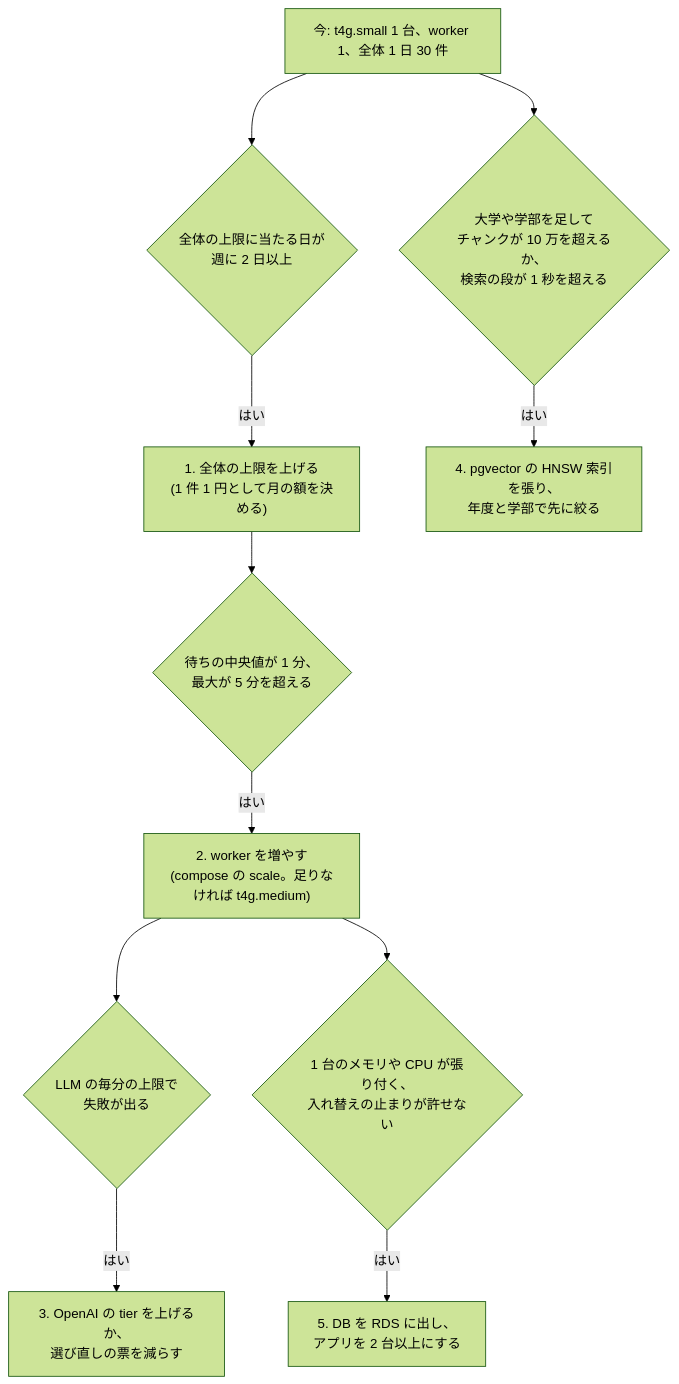
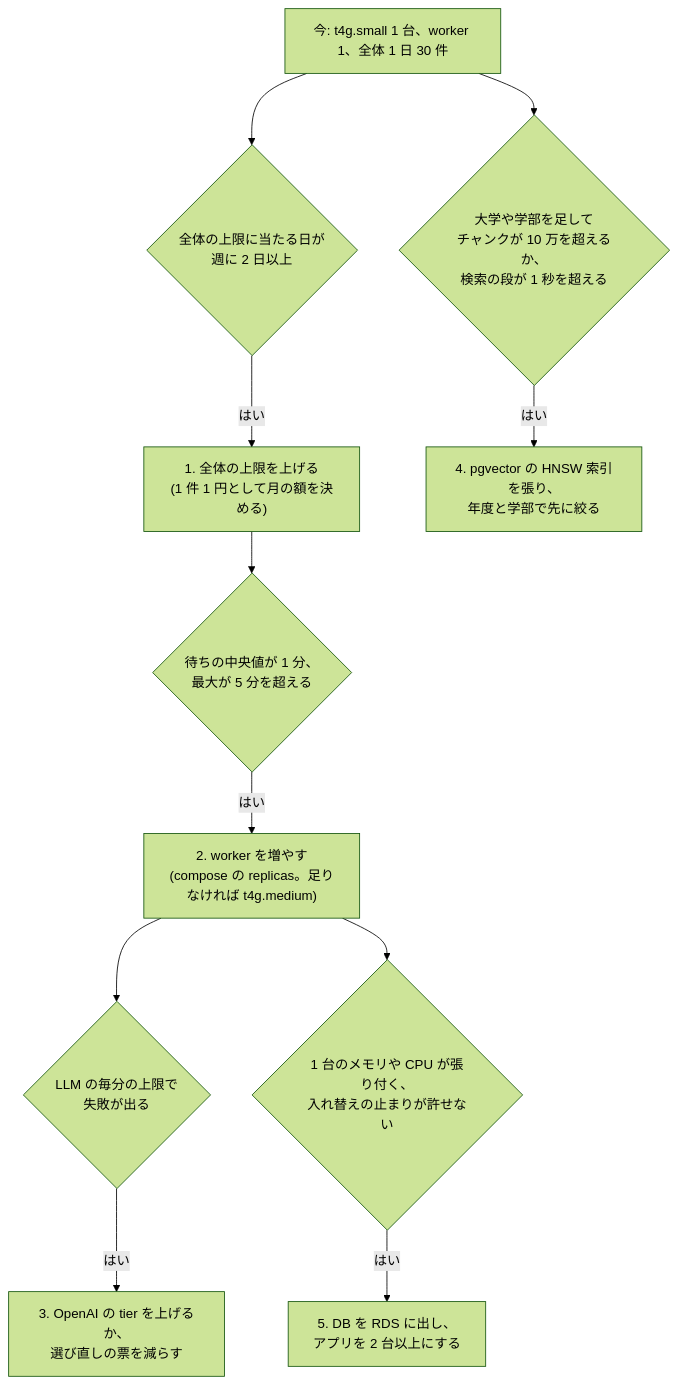
The diagram in docs/adr/0102-scaling-stages.md (h11roki/Shirube), drawn with Mermaid (forest theme) before and after one commit. The commit also changed other lines of this file, not shown here.

Commit message:
ADR 0102 の worker の増やし方を compose の replicas にする
--scale で増やしても、deploy.sh の入れ替えが流す up -d --wait は scale を書かないので、次の入れ替えで worker が 1 つに戻る。compose.prod.yaml の worker に deploy.replicas を書く形にした。worker には container_name が無いので複数にできることも確かめた。

````diff
--- a/docs/adr/0102-scaling-stages.md
+++ b/docs/adr/0102-scaling-stages.md
@@ -27,14 +27,14 @@
 ```mermaid
 flowchart TD
     now["今: t4g.small 1 台、worker 1、全体 1 日 30 件"]
     now --> cap{"全体の上限に当たる日が<br/>週に 2 日以上"}
     cap -- はい --> raise["1. 全体の上限を上げる<br/>(1 件 1 円として月の額を決める)"]
     raise --> wait{"待ちの中央値が 1 分、<br/>最大が 5 分を超える"}
-    wait -- はい --> workers["2. worker を増やす<br/>(compose の scale。足りなければ t4g.medium)"]
+    wait -- はい --> workers["2. worker を増やす<br/>(compose の replicas。足りなければ t4g.medium)"]
     workers --> rate{"LLM の毎分の上限で<br/>失敗が出る"}
     rate -- はい --> tier["3. OpenAI の tier を上げるか、<br/>選び直しの票を減らす"]
     now --> data{"大学や学部を足して<br/>チャンクが 10 万を超えるか、<br/>検索の段が 1 秒を超える"}
     data -- はい --> index["4. pgvector の HNSW 索引を張り、<br/>年度と学部で先に絞る"]
     workers --> host{"1 台のメモリや CPU が張り付く、<br/>入れ替えの止まりが許せない"}
     host -- はい --> split["5. DB を RDS に出し、<br/>アプリを 2 台以上にする"]
 ```
````
